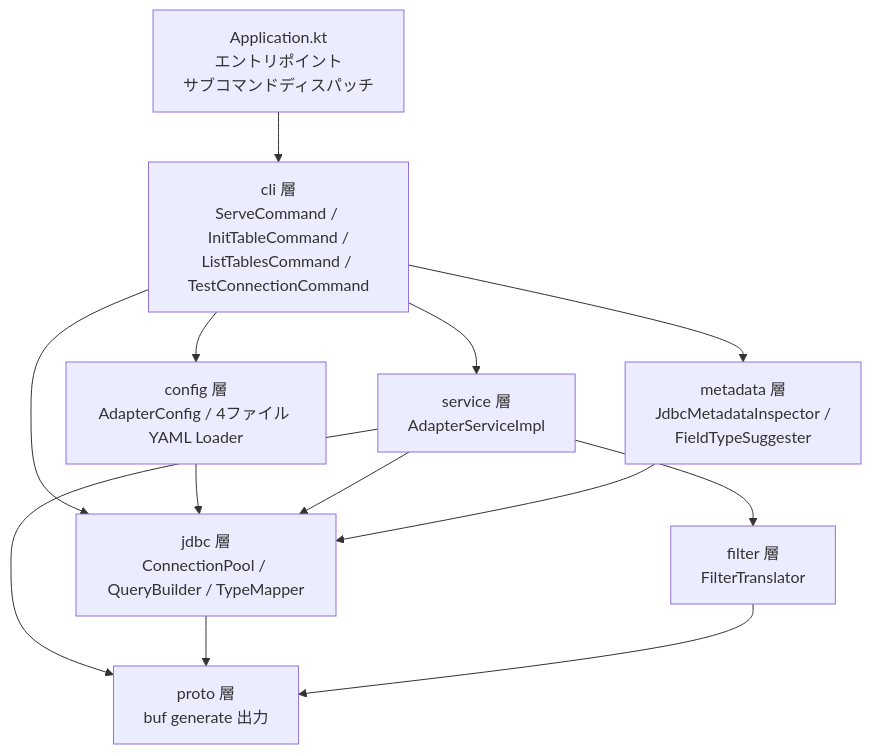
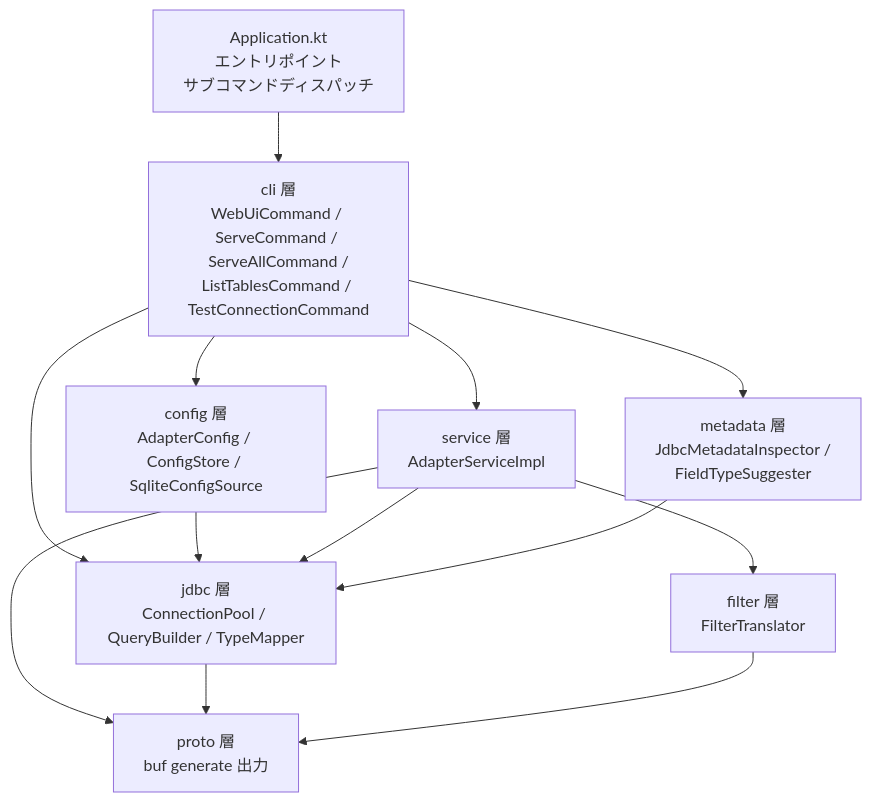
One commit to sugimomoto/KintoneExternalAppCDataSample changed the fifth of 11 diagrams in docs/functional-design.md. Above: the diagram before and after it, drawn with Mermaid. The commit also changed other lines of this file and 85 other files, not shown here.

First line of the commit message:
refactor(config): YAML 設定ストアを廃止し SQLite に一本化

````diff
--- a/docs/functional-design.md
+++ b/docs/functional-design.md
@@ -160,24 +160,24 @@
 ```mermaid
 graph TD
     APP[Application.kt<br/>エントリポイント<br/>サブコマンドディスパッチ]
-    CLI[cli 層<br/>ServeCommand / InitTableCommand /<br/>ListTablesCommand / TestConnectionCommand]
-    CFG[config 層<br/>AdapterConfig / 4ファイル YAML Loader]
+    CLI[cli 層<br/>WebUiCommand / ServeCommand / ServeAllCommand /<br/>ListTablesCommand / TestConnectionCommand]
+    CFG[config 層<br/>AdapterConfig / ConfigStore / SqliteConfigSource]
     SRV[service 層<br/>AdapterServiceImpl]
     META[metadata 層<br/>JdbcMetadataInspector /<br/>FieldTypeSuggester]
     JDBC[jdbc 層<br/>ConnectionPool / QueryBuilder / TypeMapper]
     FLT[filter 層<br/>FilterTranslator]
     PROTO[proto 層<br/>buf generate 出力]
 
     APP --> CLI
     CLI --> CFG
     CLI --> SRV
     CLI --> META
     CLI --> JDBC
     CFG --> JDBC
     SRV --> JDBC
     SRV --> FLT
     SRV --> PROTO
     META --> JDBC
     JDBC --> PROTO
     FLT --> PROTO
 ```
````
